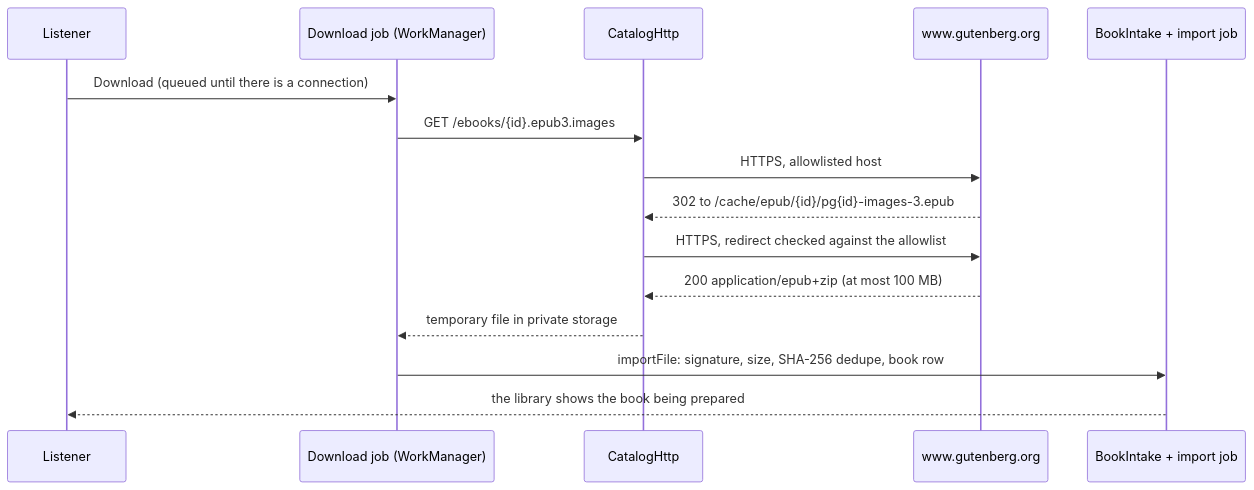
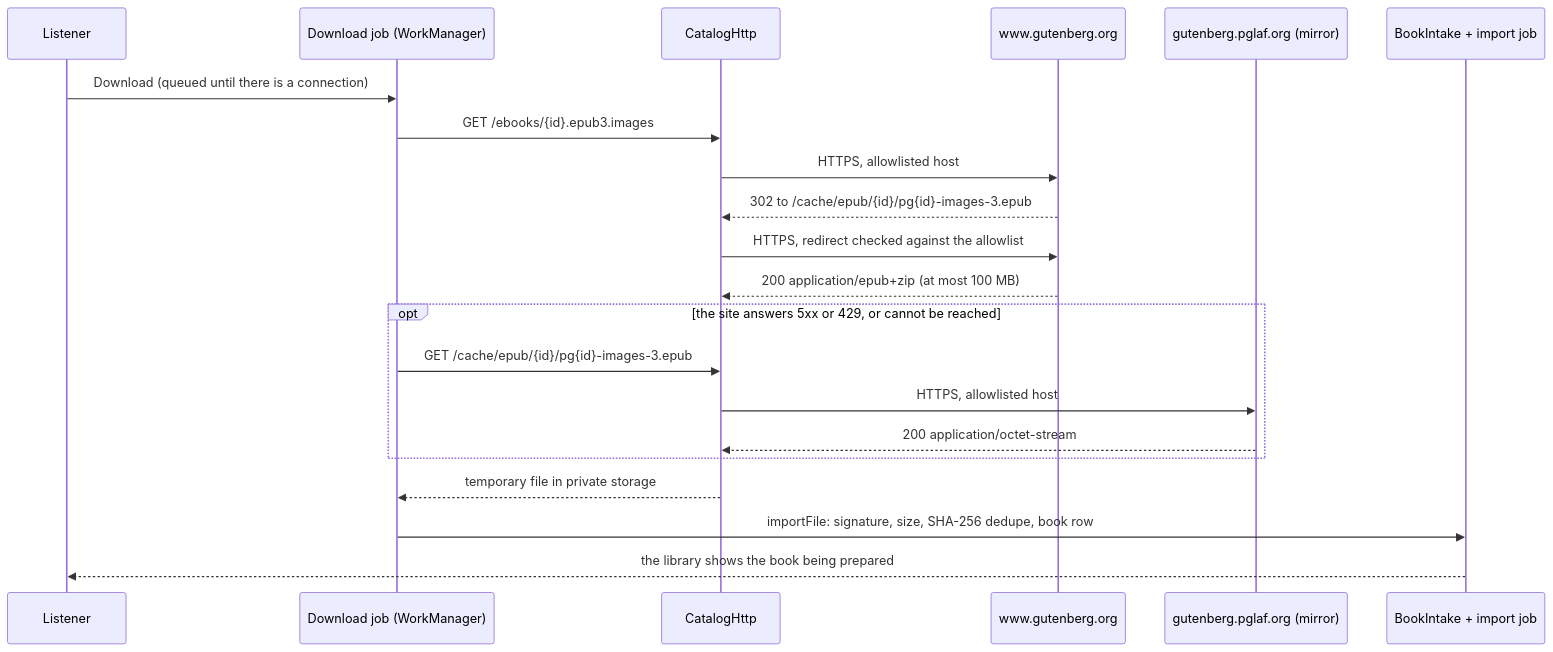
One commit to giovannism20/redesigned-octo-palm-tree changed the seventh of 7 diagrams in docs/architecture.md. Above: the diagram before and after it, drawn with Mermaid. The commit also changed 20 other files, not shown here.

````diff
--- a/docs/architecture.md
+++ b/docs/architecture.md
@@ -344,17 +344,23 @@
 ```mermaid
 sequenceDiagram
     participant U as Listener
     participant J as Download job (WorkManager)
     participant H as CatalogHttp
     participant G as www.gutenberg.org
+    participant M as gutenberg.pglaf.org (mirror)
     participant I as BookIntake + import job
     U->>J: Download (queued until there is a connection)
     J->>H: GET /ebooks/{id}.epub3.images
     H->>G: HTTPS, allowlisted host
     G-->>H: 302 to /cache/epub/{id}/pg{id}-images-3.epub
     H->>G: HTTPS, redirect checked against the allowlist
     G-->>H: 200 application/epub+zip (at most 100 MB)
+    opt the site answers 5xx or 429, or cannot be reached
+        J->>H: GET /cache/epub/{id}/pg{id}-images-3.epub
+        H->>M: HTTPS, allowlisted host
+        M-->>H: 200 application/octet-stream
+    end
     H-->>J: temporary file in private storage
     J->>I: importFile: signature, size, SHA-256 dedupe, book row
     I-->>U: the library shows the book being prepared
 ```
````
